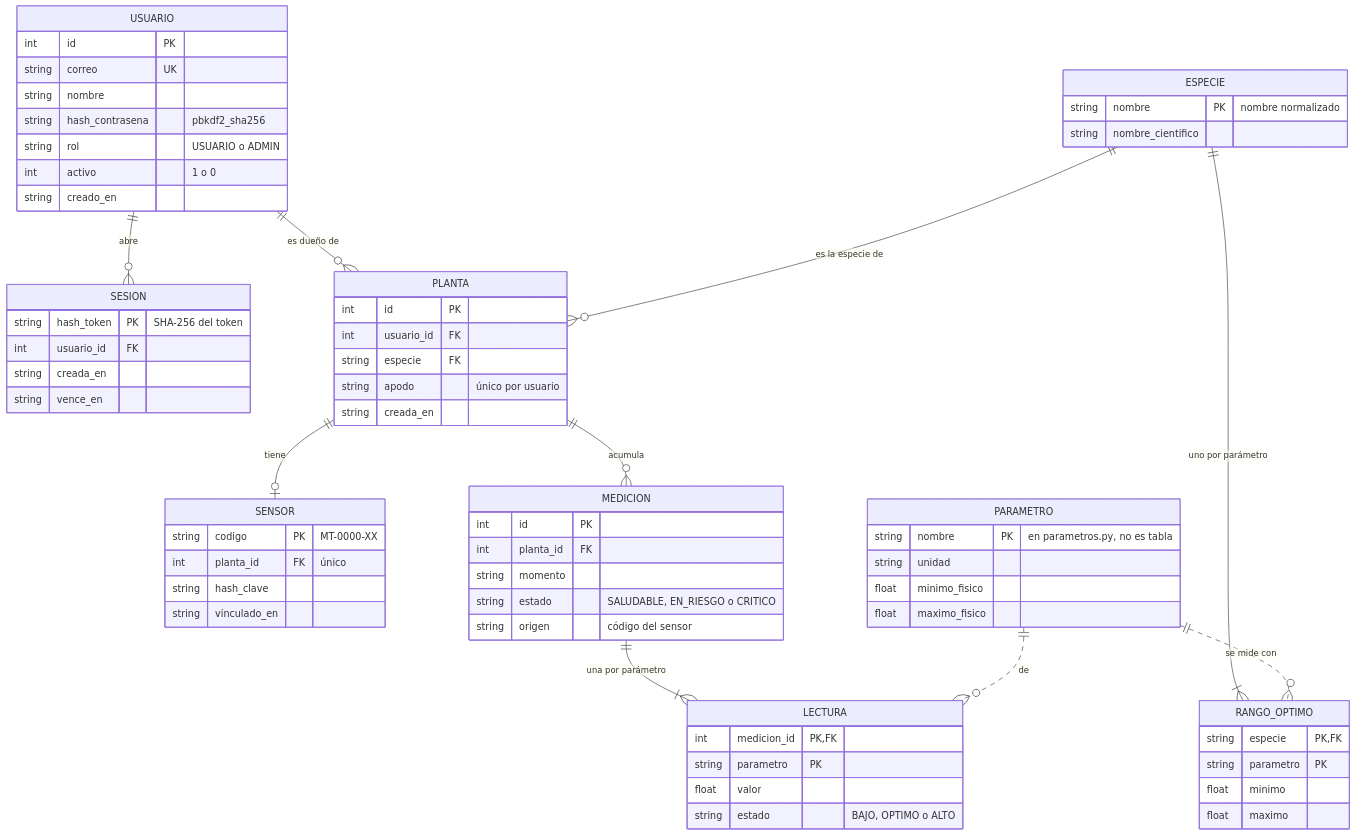
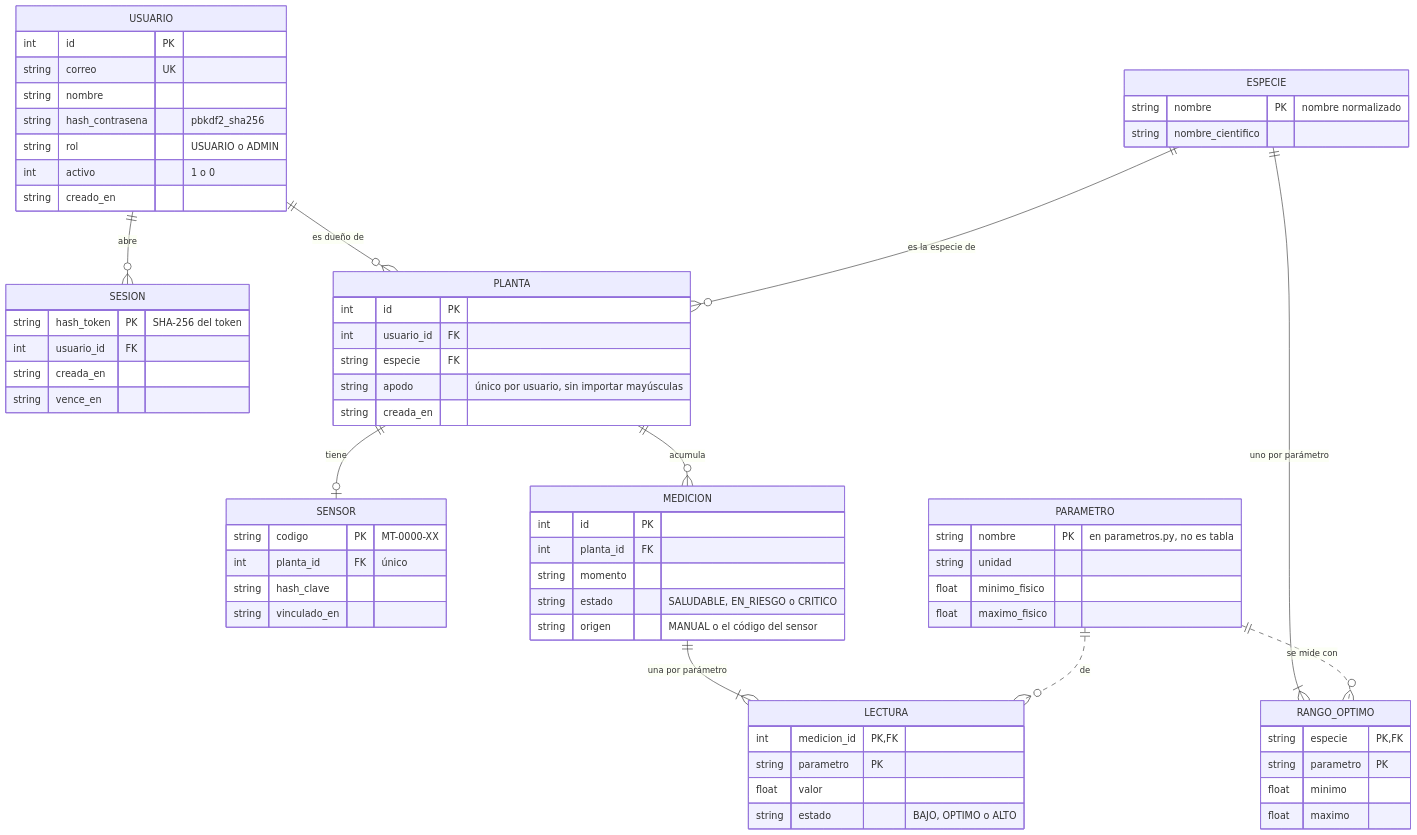
One commit to Pipelol0723/matera-inteligente changed the diagram in docs/diagramas/entidad-relacion-corte2.mmd. Above: the diagram before and after it, drawn with Mermaid. The commit also changed 30 other files, not shown here.

First line of the commit message:
Docs: diagramas del corte 2 ajustados a lo implementado

```diff
--- a/docs/diagramas/entidad-relacion-corte2.mmd
+++ b/docs/diagramas/entidad-relacion-corte2.mmd
@@ -1,69 +1,69 @@
-%% Modelo entidad-relación del corte 2 (diseño, todavía sin código): una sola base SQLite.
+%% Modelo entidad-relación del corte 2 (implementado en backend/datos/esquema.sql): una sola base SQLite.
 %% Las líneas punteadas llegan a PARAMETRO, que sigue en el código y no es una tabla.
 erDiagram
     USUARIO ||--o{ SESION : "abre"
     USUARIO ||--o{ PLANTA : "es dueño de"
     ESPECIE ||--o{ PLANTA : "es la especie de"
     ESPECIE ||--|{ RANGO_OPTIMO : "uno por parámetro"
     PLANTA ||--o| SENSOR : "tiene"
     PLANTA ||--o{ MEDICION : "acumula"
     MEDICION ||--|{ LECTURA : "una por parámetro"
     PARAMETRO ||..o{ RANGO_OPTIMO : "se mide con"
     PARAMETRO ||..o{ LECTURA : "de"
     USUARIO {
         int id PK
         string correo UK
         string nombre
         string hash_contrasena "pbkdf2_sha256"
         string rol "USUARIO o ADMIN"
         int activo "1 o 0"
         string creado_en
     }
     ESPECIE {
         string nombre PK "nombre normalizado"
         string nombre_cientifico
     }
     RANGO_OPTIMO {
         string especie PK, FK
         string parametro PK
         float minimo
         float maximo
     }
     SESION {
         string hash_token PK "SHA-256 del token"
         int usuario_id FK
         string creada_en
         string vence_en
     }
     PLANTA {
         int id PK
         int usuario_id FK
         string especie FK
-        string apodo "único por usuario"
+        string apodo "único por usuario, sin importar mayúsculas"
         string creada_en
     }
     SENSOR {
         string codigo PK "MT-0000-XX"
         int planta_id FK "único"
         string hash_clave
         string vinculado_en
     }
     MEDICION {
         int id PK
         int planta_id FK
         string momento
         string estado "SALUDABLE, EN_RIESGO o CRITICO"
-        string origen "código del sensor"
+        string origen "MANUAL o el código del sensor"
     }
     LECTURA {
         int medicion_id PK, FK
         string parametro PK
         float valor
         string estado "BAJO, OPTIMO o ALTO"
     }
     PARAMETRO {
         string nombre PK "en parametros.py, no es tabla"
         string unidad
         float minimo_fisico
         float maximo_fisico
     }
```
